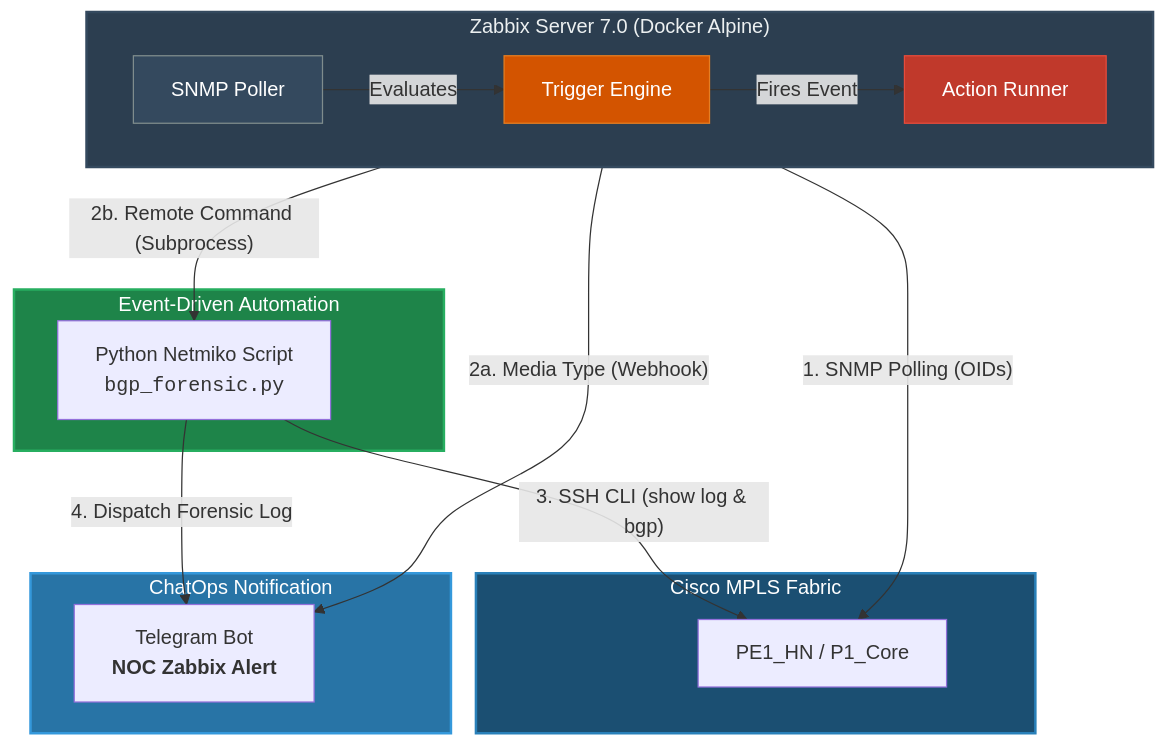
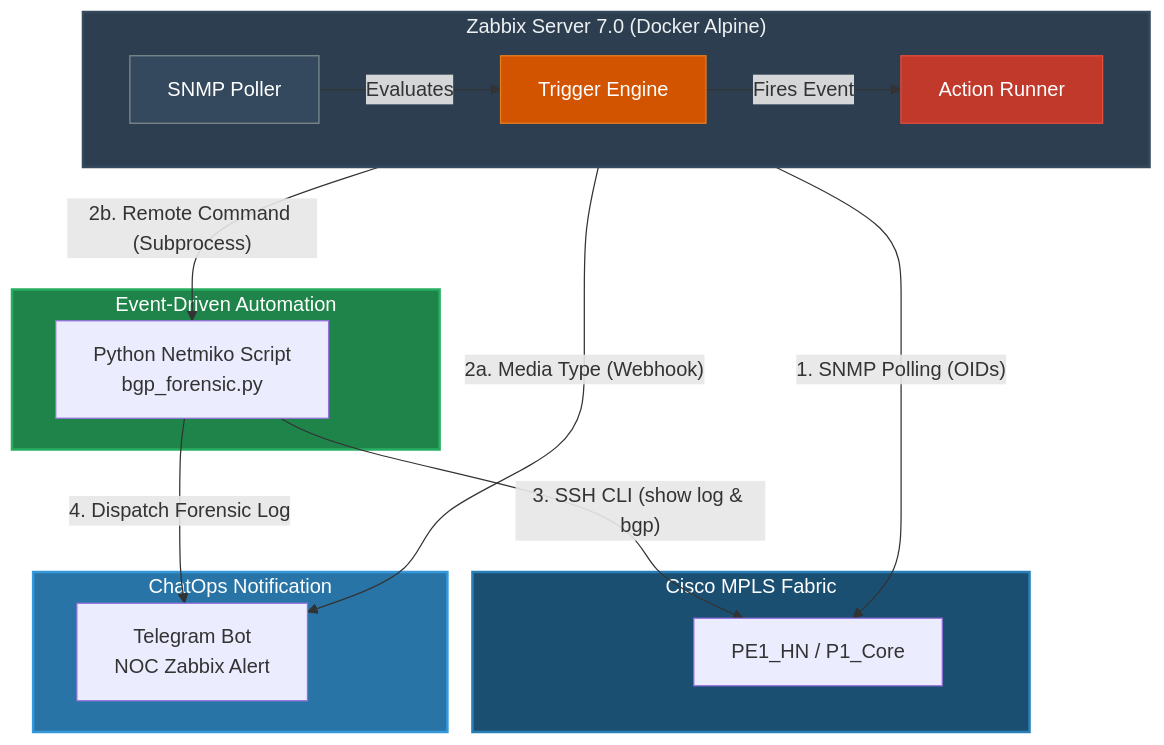
One commit to ThieuHung2006/Enterprise-MPLS-L3VPN-Dual-Homed-BGP-Traffic-Engineering changed the diagram in README.md. Above: the diagram before and after it, drawn with Mermaid. The commit also changed other lines of this file, not shown here.

````diff
--- a/README.md
+++ b/README.md
@@ -465,36 +482,34 @@
 ```mermaid
 graph TD
     subgraph ZABBIX ["Zabbix Server 7.0 (Docker Alpine)"]
         direction LR
         A["SNMP Poller"] -->|Evaluates| B["Trigger Engine"]
         B -->|Fires Event| C["Action Runner"]
     end
 
     subgraph CISCO ["Cisco MPLS Fabric"]
         PE1["PE1_HN / P1_Core"]
     end
 
     subgraph AUTOMATION ["Event-Driven Automation"]
-        PY["Python Netmiko Script<br/><code>bgp_forensic.py</code>"]
+        PY["Python Netmiko Script<br/>bgp_forensic.py"]
     end
 
     subgraph CHATOPS ["ChatOps Notification"]
-        TG["Telegram Bot<br/><b>NOC Zabbix Alert</b>"]
+        TG["Telegram Bot<br/>NOC Zabbix Alert"]
     end
 
-    %% Flow connections
     A -->|"1. SNMP Polling (OIDs)"| PE1
     C -->|"2a. Media Type (Webhook)"| TG
     C -->|"2b. Remote Command (Subprocess)"| PY
     PY -->|"3. SSH CLI (show log & bgp)"| PE1
     PY -->|"4. Dispatch Forensic Log"| TG
 
-    %% Custom Styling
     style ZABBIX fill:#2c3e50,stroke:#34495e,stroke-width:2px,color:#ecf0f1
     style CISCO fill:#1b4f72,stroke:#2980b9,stroke-width:2px,color:#ffffff
     style AUTOMATION fill:#1e8449,stroke:#27ae60,stroke-width:2px,color:#ffffff
     style CHATOPS fill:#2874a6,stroke:#3498db,stroke-width:2px,color:#ffffff
     style A fill:#34495e,stroke:#7f8c8d,color:#ffffff
     style B fill:#d35400,stroke:#e67e22,color:#ffffff
     style C fill:#c0392b,stroke:#e74c3c,color:#ffffff
 ```
````
